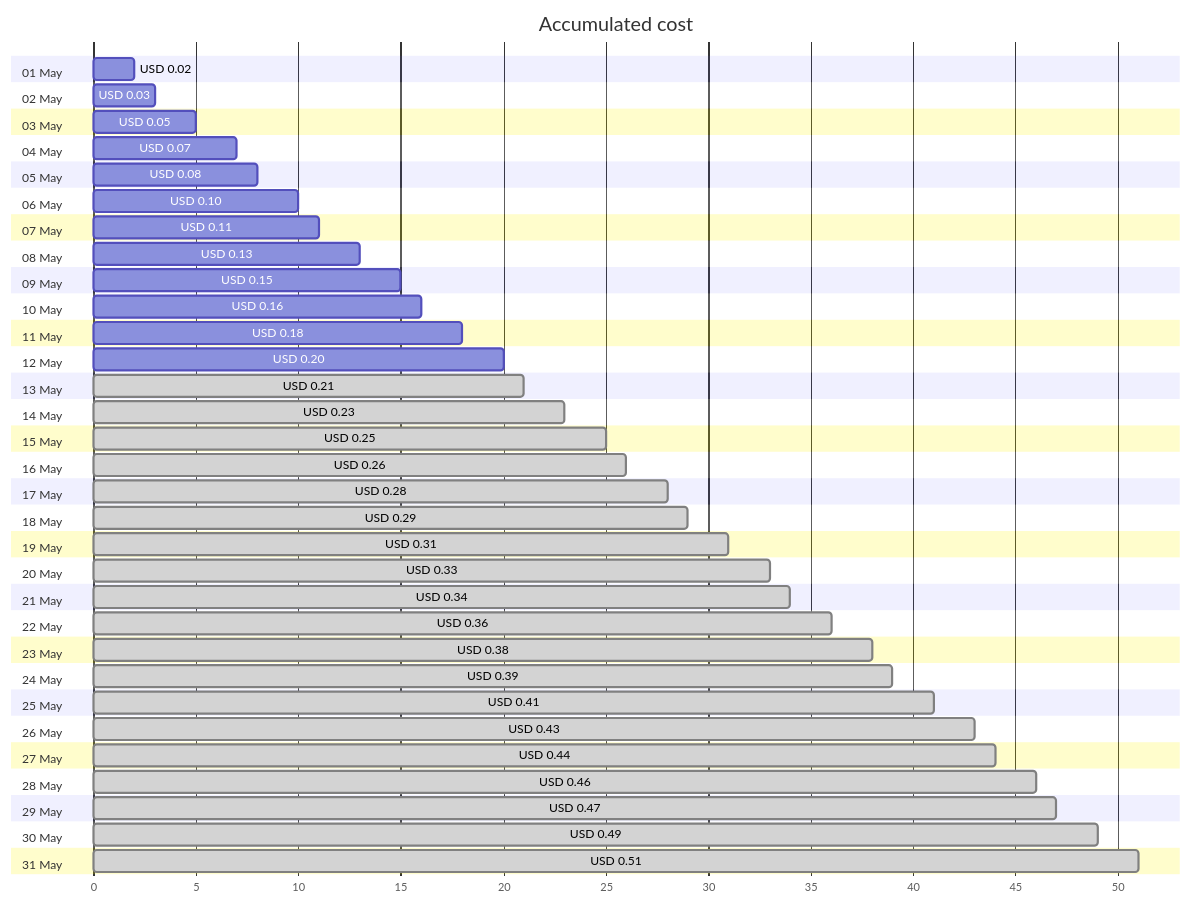
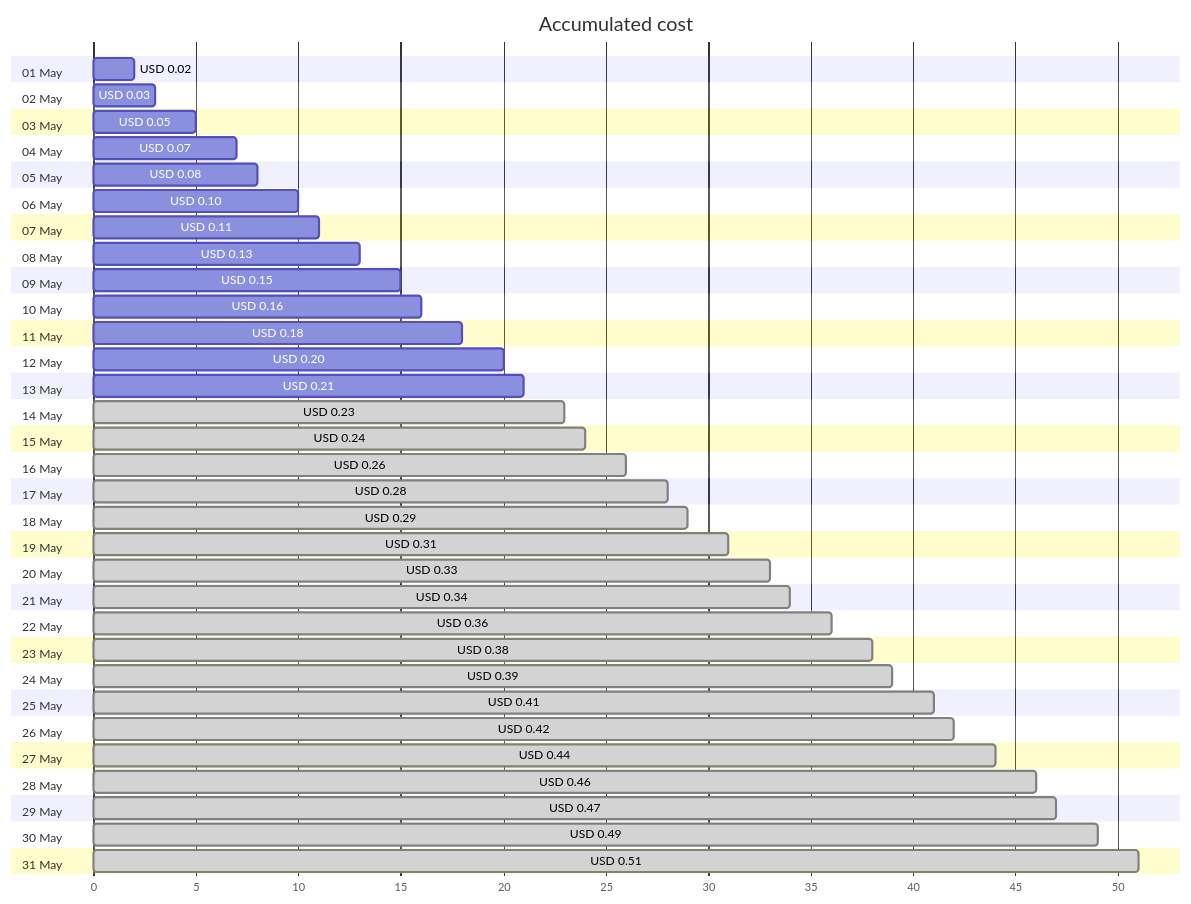
The first of 4 diagrams in cost-reports/personal-dns/jpatrickfulton.com.md (jpfulton/azure-personal-reports), drawn with Mermaid before and after one commit. The commit also changed other lines of this file and 2 other files, not shown here.

````diff
--- a/cost-reports/personal-dns/jpatrickfulton.com.md
+++ b/cost-reports/personal-dns/jpatrickfulton.com.md
@@ -20,68 +20,68 @@
 ```mermaid
 gantt
    title Accumulated cost
    dateFormat  X
    axisFormat %s
    section 01 May
    USD 0.02 :0, 2
    section 02 May
    USD 0.03 :0, 3
    section 03 May
    USD 0.05 :0, 5
    section 04 May
    USD 0.07 :0, 7
    section 05 May
    USD 0.08 :0, 8
    section 06 May
    USD 0.10 :0, 10
    section 07 May
    USD 0.11 :0, 11
    section 08 May
    USD 0.13 :0, 13
    section 09 May
    USD 0.15 :0, 15
    section 10 May
    USD 0.16 :0, 16
    section 11 May
    USD 0.18 :0, 18
    section 12 May
    USD 0.20 :0, 20
    section 13 May
-   USD 0.21 : done, 0, 21
+   USD 0.21 :0, 21
    section 14 May
    USD 0.23 : done, 0, 23
    section 15 May
-   USD 0.25 : done, 0, 25
+   USD 0.24 : done, 0, 24
    section 16 May
    USD 0.26 : done, 0, 26
    section 17 May
    USD 0.28 : done, 0, 28
    section 18 May
    USD 0.29 : done, 0, 29
    section 19 May
    USD 0.31 : done, 0, 31
    section 20 May
    USD 0.33 : done, 0, 33
    section 21 May
    USD 0.34 : done, 0, 34
    section 22 May
    USD 0.36 : done, 0, 36
    section 23 May
    USD 0.38 : done, 0, 38
    section 24 May
    USD 0.39 : done, 0, 39
    section 25 May
    USD 0.41 : done, 0, 41
    section 26 May
-   USD 0.43 : done, 0, 43
+   USD 0.42 : done, 0, 42
    section 27 May
    USD 0.44 : done, 0, 44
    section 28 May
    USD 0.46 : done, 0, 46
    section 29 May
    USD 0.47 : done, 0, 47
    section 30 May
    USD 0.49 : done, 0, 49
    section 31 May
    USD 0.51 : done, 0, 51
 ```
````
